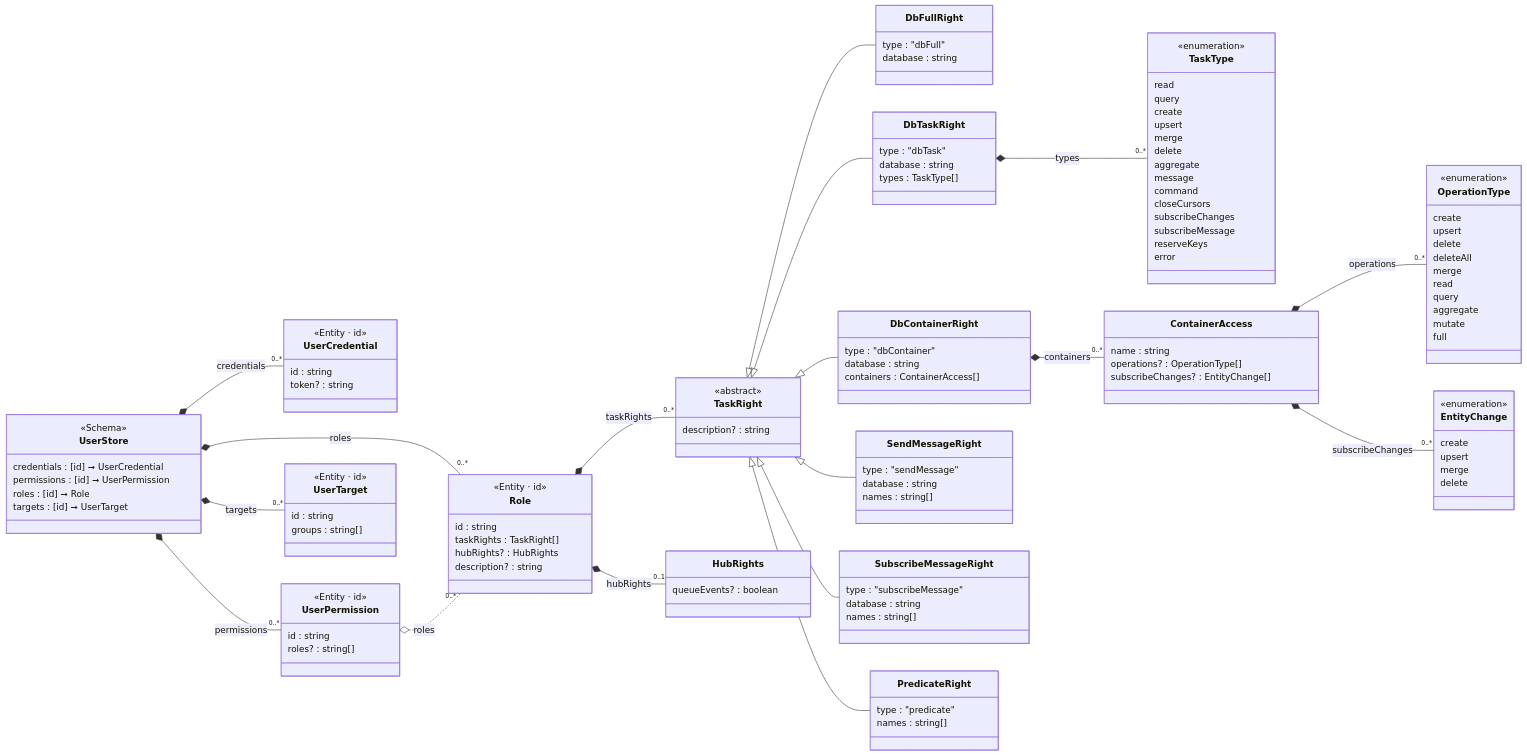
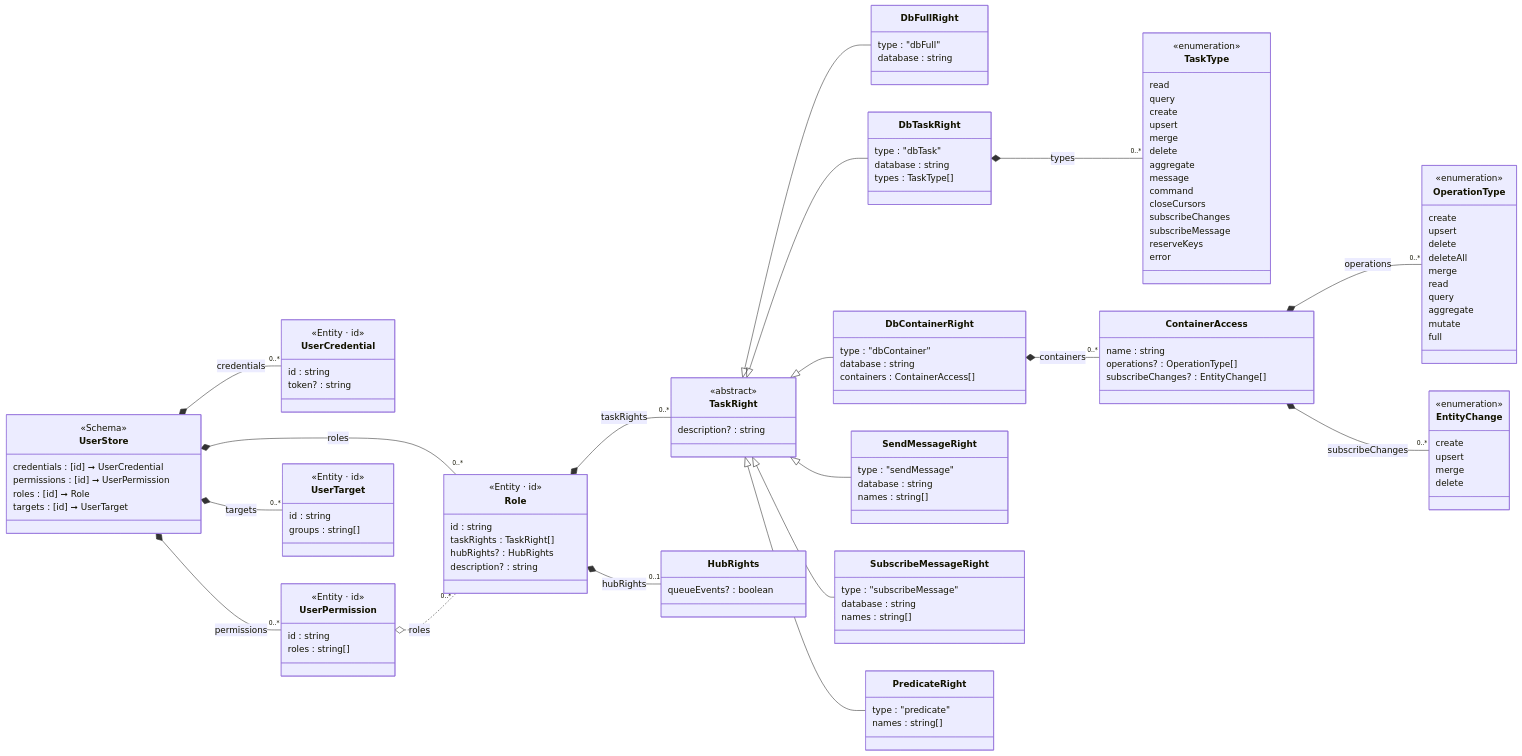
The diagram in Json.Tests/assets~/Schema/Markdown/UserStore/class-diagram.md (friflo/Friflo.Json.Fliox), drawn with Mermaid before and after one commit. The commit also changed 17 other files, not shown here.

```diff
--- a/Json.Tests/assets~/Schema/Markdown/UserStore/class-diagram.md
+++ b/Json.Tests/assets~/Schema/Markdown/UserStore/class-diagram.md
@@ -26,7 +26,7 @@
 class UserPermission:::cssEntity {
     <<Entity · id>>
     id     : string
-    roles? : string[]
+    roles  : string[]
 }
 UserPermission o.. "0..*" Role : roles
 
```
